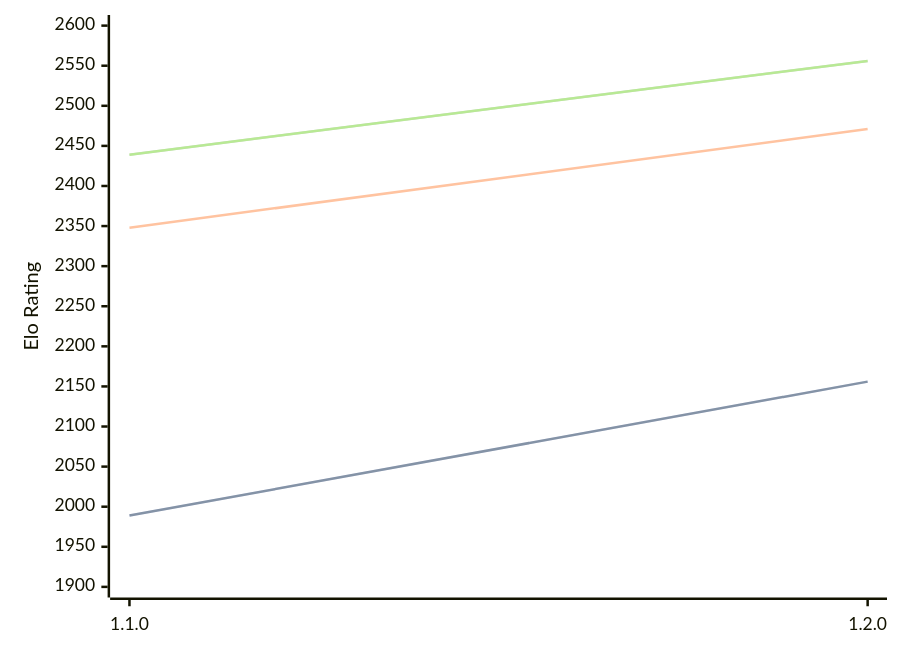
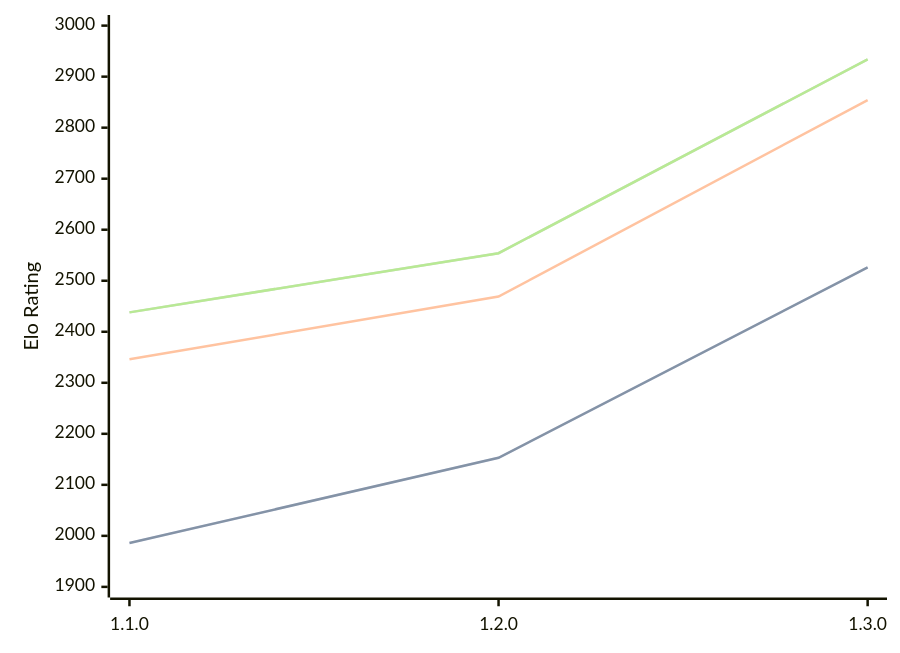
One commit to computer-chess-index/cci changed the diagram in engines/Gyatso.md. Above: the diagram before and after it, drawn with Mermaid. The commit also changed other lines of this file, not shown here.

Commit message:
Update CCI Ratings (ELO VLTC) - 2026-04-01

````diff
--- a/engines/Gyatso.md
+++ b/engines/Gyatso.md
@@ -34,11 +34,11 @@
 ```mermaid
 %%{init: {"theme":"base","themeVariables":{"seriesColors:['#a3a3a3','#222221','#faa371']}}}%%
 xychart-beta
-  x-axis ["1.1.0", "1.2.0"]
-  y-axis "Elo Rating" 1900 --> 2600
-  line "STC (8.0+0.08s)" [1989, 2156]
-  line "STC (8.0+0.08s)" [1989, 2156]
-  line "LTC (60.0+0.60s)" [2348, 2471]
-  line "VLTC (2m24s+1.12s)" [2439, 2556]
-  line "VLTC (2m24s+1.12s)" [2439, 2556]
+  x-axis ["1.1.0", "1.2.0", "1.3.0"]
+  y-axis "Elo Rating" 1900 --> 3000
+  line "STC (8.0+0.08s)" [1986, 2153, 2526]
+  line "STC (8.0+0.08s)" [1986, 2153, 2526]
+  line "LTC (60.0+0.60s)" [2346, 2469, 2854]
+  line "VLTC (2m24s+1.12s)" [2438, 2554, 2934]
+  line "VLTC (2m24s+1.12s)" [2438, 2554, 2934]
 ```
````
